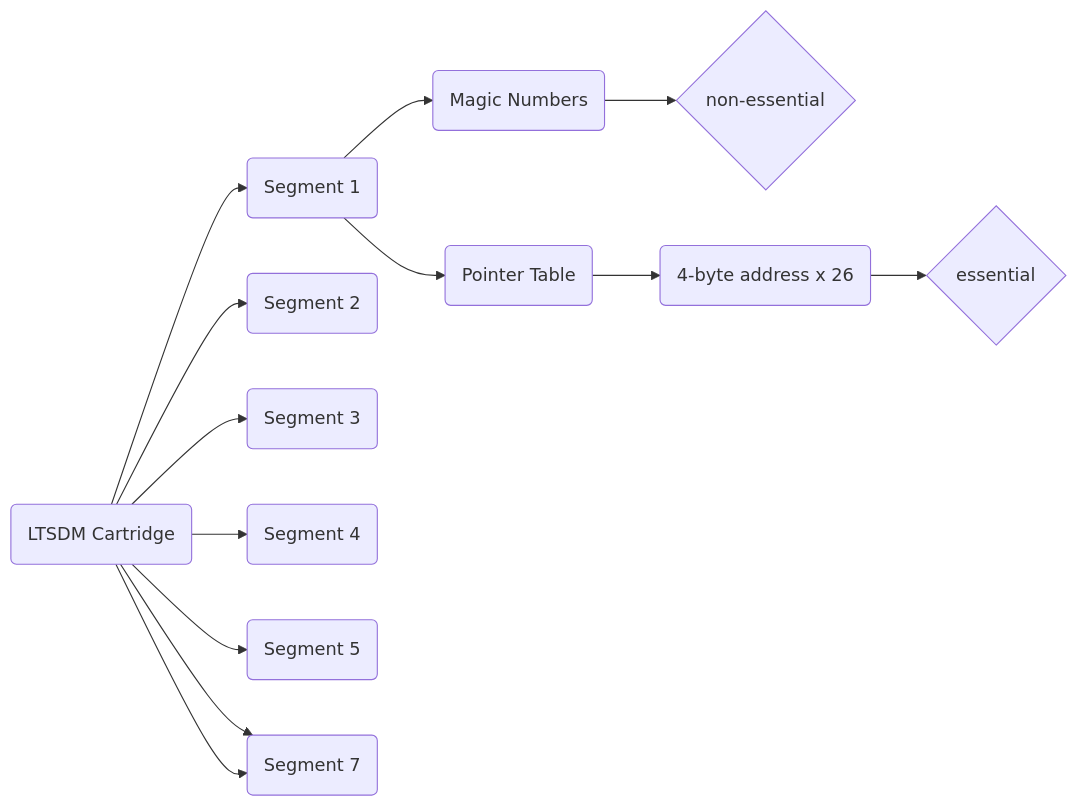
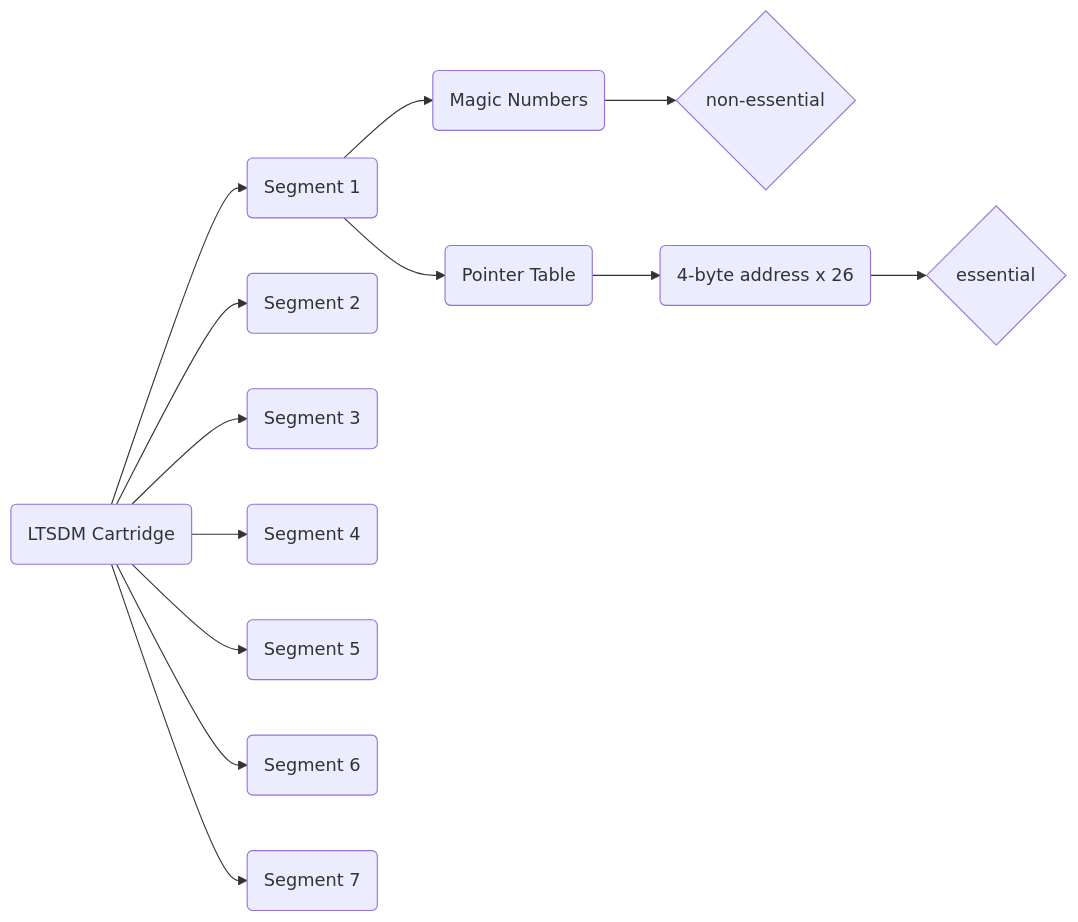
Before and after one commit to mtkimmins/LTSDM_hack: the diagram in docs.md, drawn with Mermaid. The commit also changed other lines of this file, not shown here.

Commit message:
Enhance documentation with graphical depiction
Added a graphical depiction of the LTSDM data structure.

````diff
--- a/docs.md
+++ b/docs.md
@@ -6,15 +7,15 @@
 ```mermaid
 graph LR
 	A(LTSDM Cartridge)-->B(Segment 1)
 	A-->C(Segment 2)
 	A-->D(Segment 3)
 	A-->E(Segment 4)
 	A-->F(Segment 5)
 	A-->G(Segment 6)
-	A-->G(Segment 7)
+	A-->H(Segment 7)
 	B-->BA(Magic Numbers)
 	B-->BB(Pointer Table)
 	BA-->BAA{non-essential}
 	BB-->BBA(4-byte address x 26)
 	BBA-->BBAA{essential}
 ```
````
